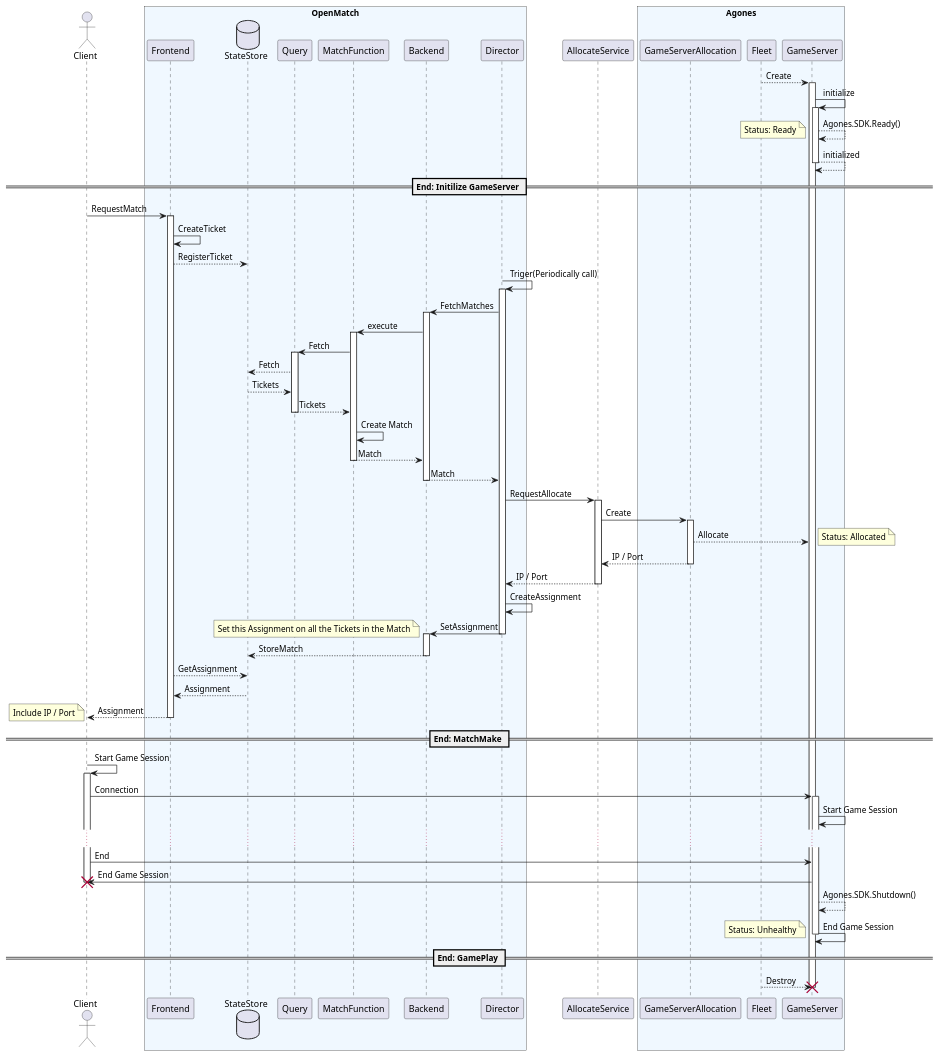
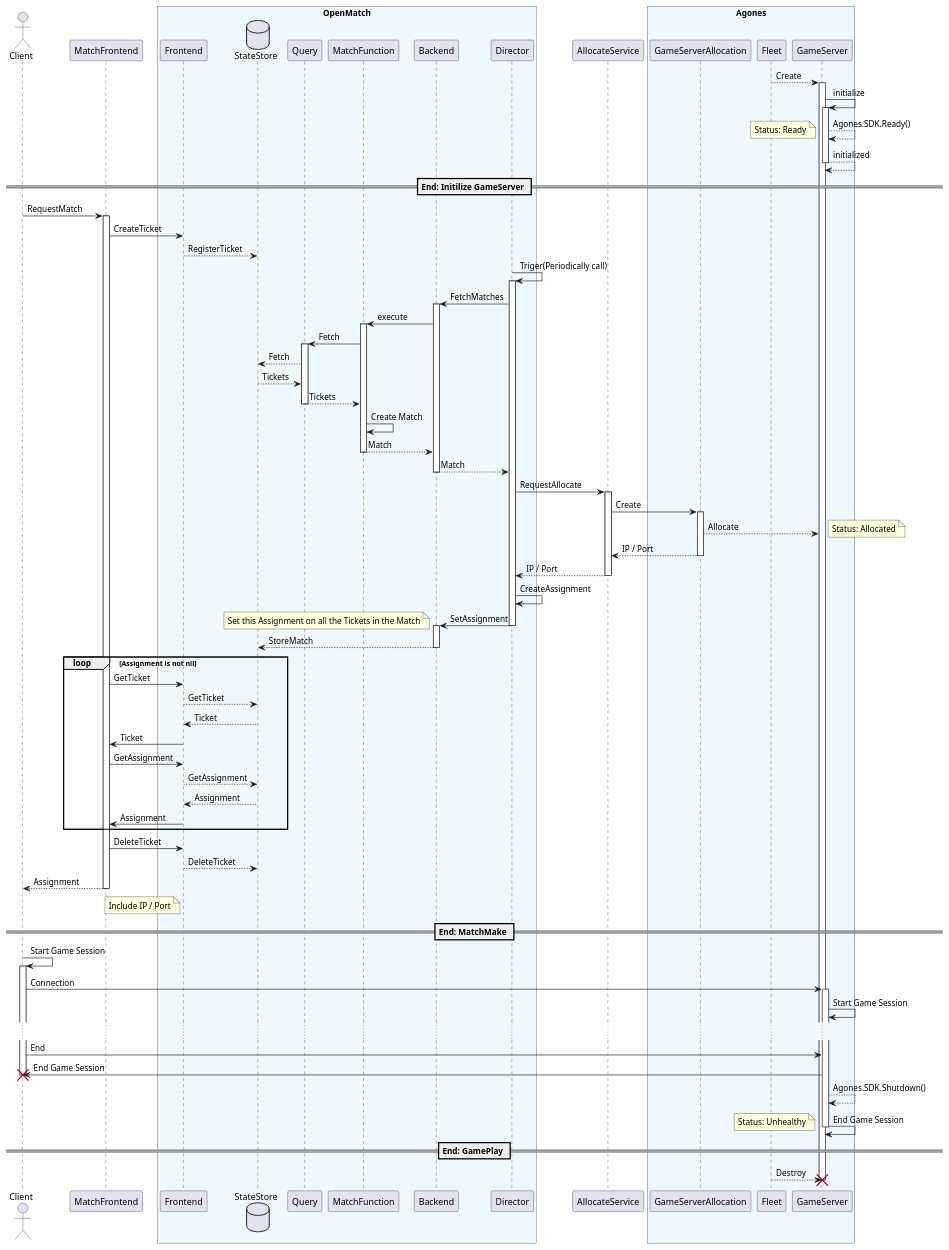
The diagram in uml/sequence.pu (suecideTech/try-openmatch-agones), drawn with PlantUML before and after one commit. The commit also changed 1 other file, not shown here.

```diff
--- a/uml/sequence.pu
+++ b/uml/sequence.pu
@@ -1,95 +1,107 @@
 @startuml
 
 actor Client
+participant MatchFrontend
 box "OpenMatch" #f0f8ff
     participant Frontend
     database StateStore
     participant Query
     participant MatchFunction
     participant Backend
     participant Director
 end box
 participant AllocateService
 box "Agones" #f0f8ff
     participant GameServerAllocation
     participant Fleet
     participant GameServer
 end box
 
 Fleet --> GameServer: Create
 activate GameServer
 GameServer -> GameServer: initialize
 activate GameServer
 GameServer --> GameServer: Agones.SDK.Ready()
 note left : Status: Ready
 return initialized
 
 == End: Initilize GameServer ==
 
-Client -> Frontend: RequestMatch
-activate Frontend
-Frontend -> Frontend: CreateTicket
+Client -> MatchFrontend: RequestMatch
+activate MatchFrontend
+MatchFrontend -> Frontend: CreateTicket
 Frontend --> StateStore: RegisterTicket
 
 Director -> Director: Triger(Periodically call)
 activate Director
 Director -> Backend: FetchMatches
 activate Backend
 Backend -> MatchFunction: execute
 activate MatchFunction
 MatchFunction -> Query: Fetch
 activate Query
 Query --> StateStore: Fetch
 StateStore --> Query: Tickets
 return Tickets
 MatchFunction -> MatchFunction: Create Match
 return Match
 return Match
 
 Director -> AllocateService: RequestAllocate
 activate AllocateService
 AllocateService -> GameServerAllocation: Create
 activate GameServerAllocation
 GameServerAllocation --> GameServer: Allocate
 note right : Status: Allocated
 return IP / Port
 return IP / Port
 
 Director -> Director: CreateAssignment
 Director -> Backend: SetAssignment
 deactivate Director
 activate Backend
 note left: Set this Assignment on all the Tickets in the Match
 Backend --> StateStore: StoreMatch
 deactivate Backend
-Frontend --> StateStore: GetAssignment
-StateStore --> Frontend: Assignment
+
+loop Assignment is not nil
+    MatchFrontend -> Frontend: GetTicket
+    Frontend --> StateStore: GetTicket
+    StateStore --> Frontend: Ticket
+    Frontend -> MatchFrontend: Ticket
+    MatchFrontend -> Frontend: GetAssignment
+    Frontend --> StateStore: GetAssignment
+    StateStore --> Frontend: Assignment
+    Frontend -> MatchFrontend: Assignment
+end
+MatchFrontend -> Frontend: DeleteTicket
+Frontend --> StateStore: DeleteTicket
 return Assignment
-note left: Include IP / Port
+note left of Frontend: Include IP / Port
 
 == End: MatchMake ==
 
 Client -> Client: Start Game Session
 activate Client
 Client -> GameServer: Connection
 activate GameServer
 GameServer -> GameServer: Start Game Session
 
 ...
 
 Client -> GameServer: End
 GameServer -> Client: End Game Session
 destroy Client
 deactivate Client
 deactivate Client
 GameServer --> GameServer: Agones.SDK.Shutdown()
 GameServer -> GameServer: End Game Session
 note left: Status: Unhealthy
 deactivate GameServer
 
 == End: GamePlay ==
 
 Fleet --> GameServer: Destroy
 destroy GameServer
 
 @enduml
```
